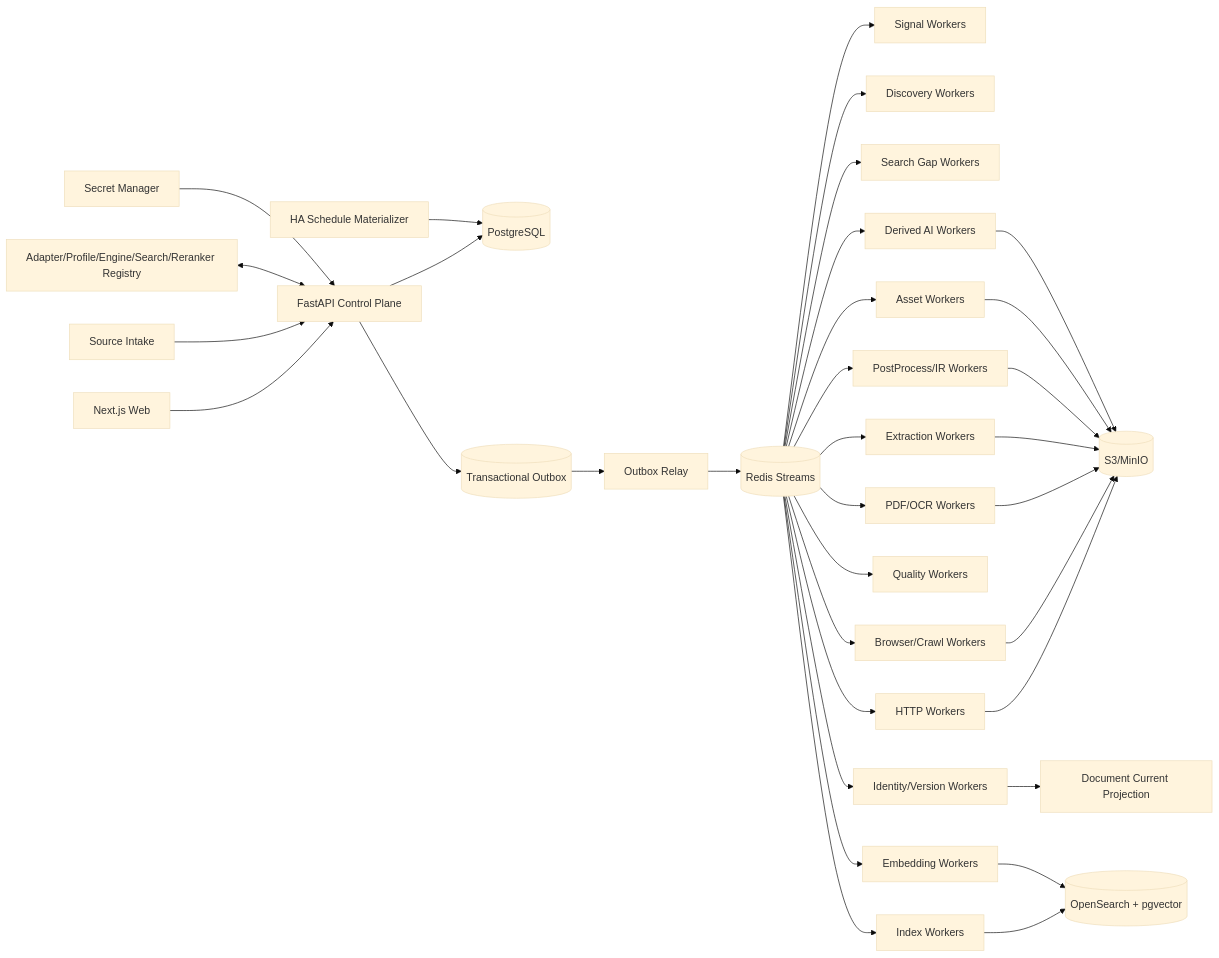
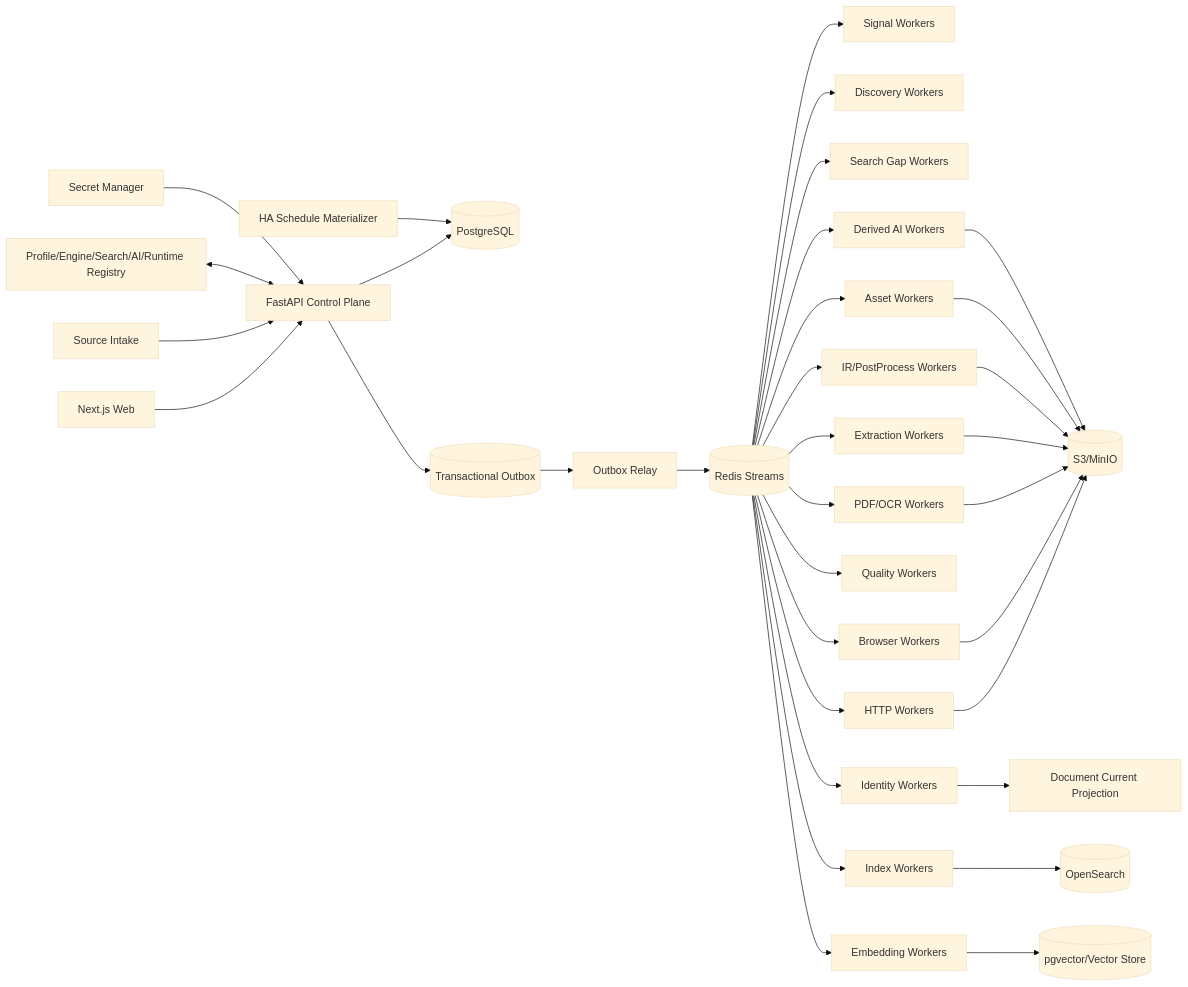
One commit to WorkerXu/my-doc changed the diagram in 博客知识库技术方案.md. Above: the diagram before and after it, drawn with Mermaid (base theme). The commit also changed other lines of this file, not shown here.

````diff
--- a/博客知识库技术方案.md
+++ b/博客知识库技术方案.md
@@ -79,40 +86,40 @@
 ```mermaid
 flowchart LR
     UI[Next.js Web] --> API[FastAPI Control Plane]
     SI[Source Intake] --> API
     API --> PG[(PostgreSQL)]
     API --> OUT[(Transactional Outbox)]
     SCH[HA Schedule Materializer] --> PG
-    REG[Adapter/Profile/Engine/Search/Reranker Registry] <--> API
+    REG[Profile/Engine/Search/AI/Runtime Registry] <--> API
     SEC[Secret Manager] --> API
 
     OUT --> RELAY[Outbox Relay]
     RELAY --> Q[(Redis Streams)]
 
     Q --> SG[Signal Workers]
     Q --> DW[Discovery Workers]
     Q --> SW[Search Gap Workers]
     Q --> HF[HTTP Workers]
-    Q --> BW[Browser/Crawl Workers]
+    Q --> BW[Browser Workers]
     Q --> PDF[PDF/OCR Workers]
     Q --> EX[Extraction Workers]
-    Q --> PP[PostProcess/IR Workers]
+    Q --> PP[IR/PostProcess Workers]
     Q --> QV[Quality Workers]
-    Q --> ID[Identity/Version Workers]
+    Q --> ID[Identity Workers]
     Q --> AW[Asset Workers]
     Q --> IX[Index Workers]
     Q --> EW[Embedding Workers]
     Q --> AI[Derived AI Workers]
 
     HF --> OBJ[(S3/MinIO)]
     BW --> OBJ
     PDF --> OBJ
     EX --> OBJ
     PP --> OBJ
     AW --> OBJ
     AI --> OBJ
 
     ID --> CUR[Document Current Projection]
-    IX --> SEARCH[(OpenSearch + pgvector)]
-    EW --> SEARCH
+    IX --> SEARCH[(OpenSearch)]
+    EW --> VEC[(pgvector/Vector Store)]
 ```
````
